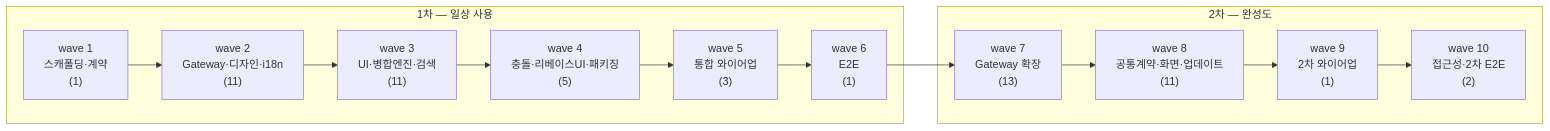
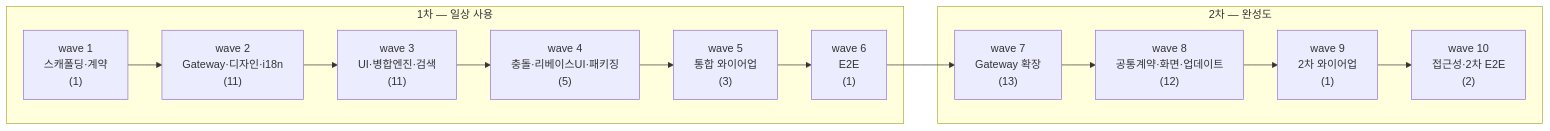
Before and after one commit to biuea3866/gitkraken-clone-app: the diagram in tickets/README.md, drawn with Mermaid. The commit also changed other lines of this file and 2 other files, not shown here.

````diff
--- a/tickets/README.md
+++ b/tickets/README.md
@@ -139,26 +140,26 @@
 ```mermaid
 flowchart LR
     subgraph P1["1차 — 일상 사용"]
         W1["wave 1<br/>스캐폴딩·계약<br/>(1)"]
         W2["wave 2<br/>Gateway·디자인·i18n<br/>(11)"]
         W3["wave 3<br/>UI·병합엔진·검색<br/>(11)"]
         W4["wave 4<br/>충돌·리베이스UI·패키징<br/>(5)"]
         W5["wave 5<br/>통합 와이어업<br/>(3)"]
         W6["wave 6<br/>E2E<br/>(1)"]
     end
     subgraph P2["2차 — 완성도"]
         W7["wave 7<br/>Gateway 확장<br/>(13)"]
-        W8["wave 8<br/>공통계약·화면·업데이트<br/>(11)"]
+        W8["wave 8<br/>공통계약·화면·업데이트<br/>(12)"]
         W9["wave 9<br/>2차 와이어업<br/>(1)"]
         W10["wave 10<br/>접근성·2차 E2E<br/>(2)"]
     end
     W1 --> W2
     W2 --> W3
     W3 --> W4
     W4 --> W5
     W5 --> W6
     W6 --> W7
     W7 --> W8
     W8 --> W9
     W9 --> W10
 ```
````
